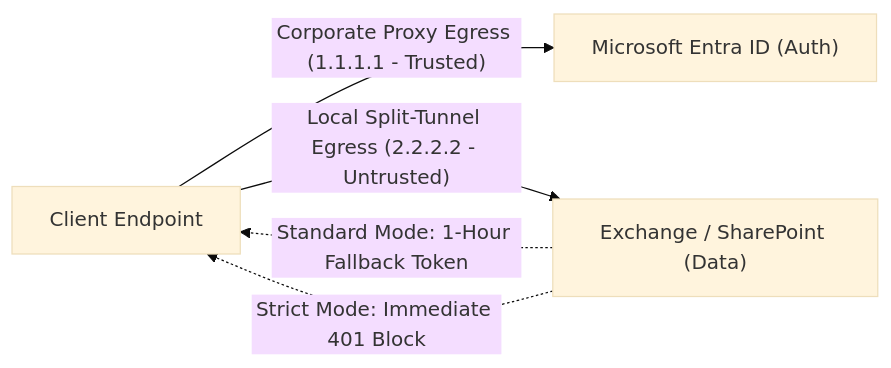
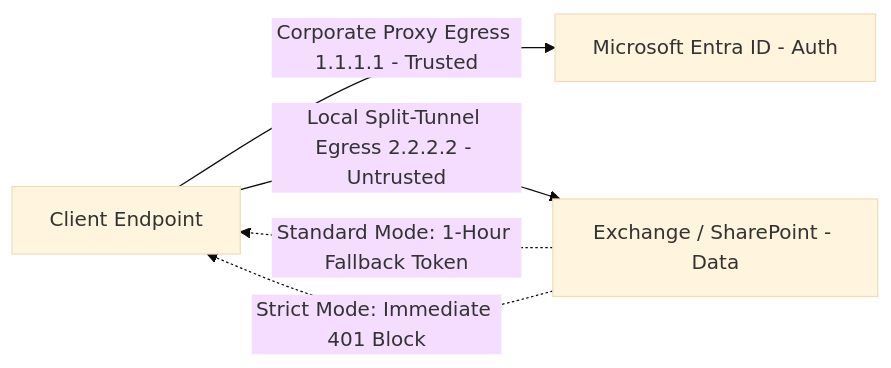
One commit to CloudByPascal/cloudbypascal.github.io changed the third of 3 diagrams in content/posts/demystifying-continuous-access-evaluation.md. Above: the diagram before and after it, drawn with Mermaid (base theme). The commit also changed other lines of this file and 2 other files, not shown here.

Commit message:
fix: resolve Mermaid diagram async CDN initialization and syntax errors

````diff
--- a/content/posts/demystifying-continuous-access-evaluation.md
+++ b/content/posts/demystifying-continuous-access-evaluation.md
@@ -122,12 +122,12 @@
 ```mermaid
 flowchart LR
-    User["Client Endpoint"]
-    Entra["Microsoft Entra ID (Auth)"]
-    M365["Exchange / SharePoint (Data)"]
+    User[Client Endpoint]
+    Entra[Microsoft Entra ID - Auth]
+    M365[Exchange / SharePoint - Data]
 
-    User -->|"Corporate Proxy Egress (1.1.1.1 - Trusted)"| Entra
-    User -->|"Local Split-Tunnel Egress (2.2.2.2 - Untrusted)"| M365
+    User -->|Corporate Proxy Egress 1.1.1.1 - Trusted| Entra
+    User -->|Local Split-Tunnel Egress 2.2.2.2 - Untrusted| M365
 
-    M365 -.->|"Standard Mode: 1-Hour Fallback Token"| User
-    M365 -.->|"Strict Mode: Immediate 401 Block"| User
+    M365 -. Standard Mode: 1-Hour Fallback Token .-> User
+    M365 -. Strict Mode: Immediate 401 Block .-> User
 ```
````
